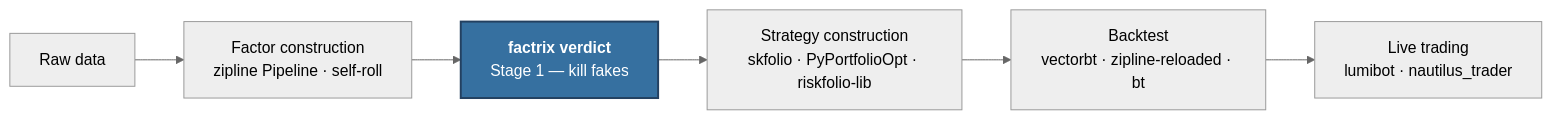
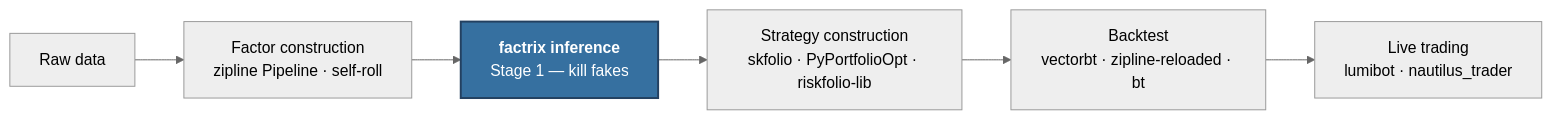
The first of 3 diagrams in docs/where-factrix-fits.md (awwesomeman/factrix), drawn with Mermaid (neutral theme) before and after one commit. The commit also changed other lines of this file and 36 other files, not shown here.

````diff
--- a/docs/where-factrix-fits.md
+++ b/docs/where-factrix-fits.md
@@ -50,10 +50,10 @@
 ```mermaid
 flowchart LR
     DATA[Raw data] --> CONSTR[Factor construction<br/>zipline Pipeline · self-roll]
-    CONSTR --> FX[<b>factrix verdict</b><br/>Stage 1 — kill fakes]
+    CONSTR --> FX[<b>factrix inference</b><br/>Stage 1 — kill fakes]
     FX --> PORT[Strategy construction<br/>skfolio · PyPortfolioOpt · riskfolio-lib]
     PORT --> BT[Backtest<br/>vectorbt · zipline-reloaded · bt]
     BT --> LIVE[Live trading<br/>lumibot · nautilus_trader]
     classDef here fill:#3670A0,color:#fff,stroke:#234060,stroke-width:2px;
     class FX here
 ```
````
